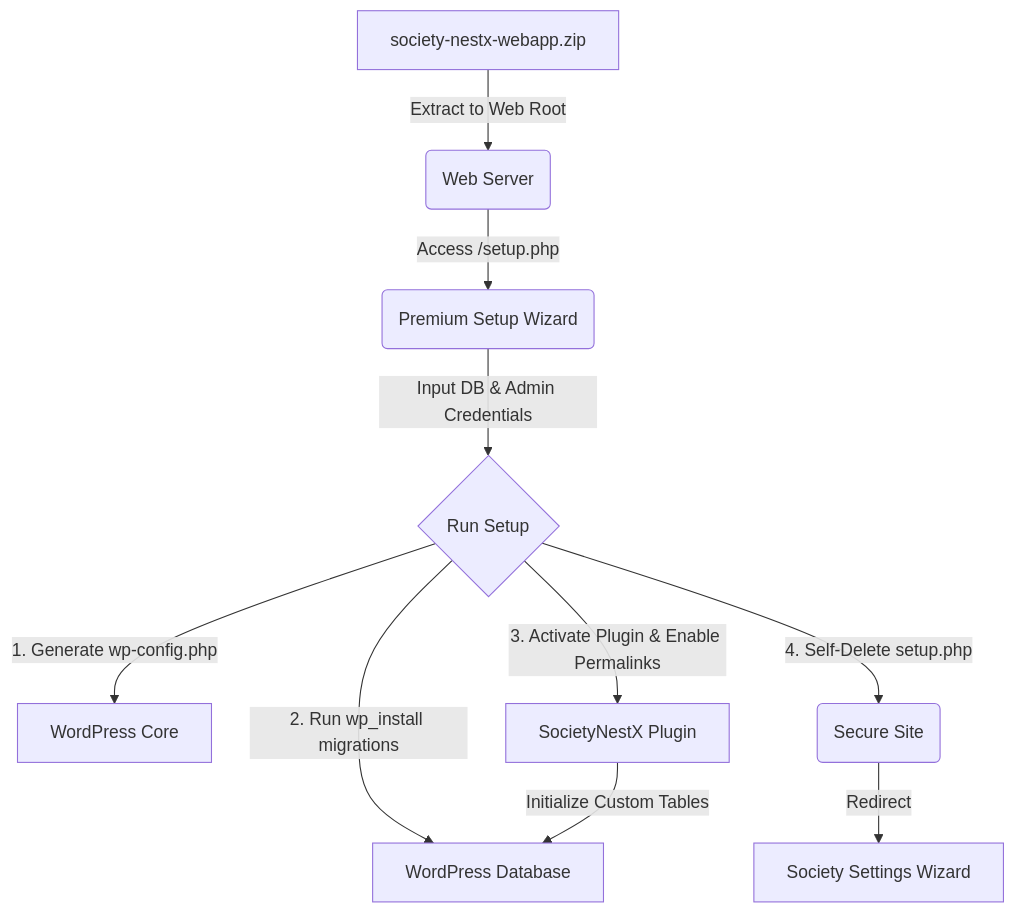
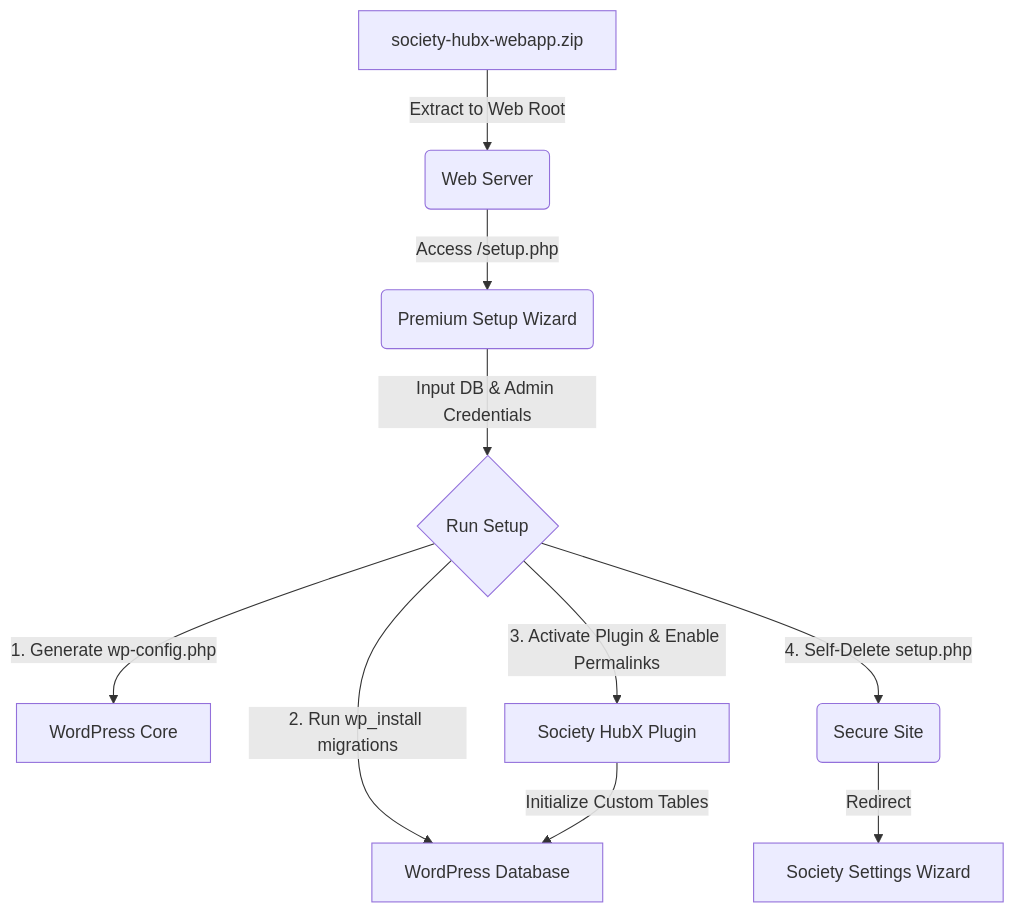
One commit to vishwas-r/Society-HubX changed the diagram in README.md. Above: the diagram before and after it, drawn with Mermaid. The commit also changed other lines of this file, not shown here.

Commit message:
docs: update root README.md to reflect Society HubX rebranding and new shortcodes

````diff
--- a/README.md
+++ b/README.md
@@ -17,12 +17,12 @@
 ```mermaid
 graph TD
-    A[society-nestx-webapp.zip] -->|Extract to Web Root| B(Web Server)
+    A[society-hubx-webapp.zip] -->|Extract to Web Root| B(Web Server)
     B -->|Access /setup.php| C(Premium Setup Wizard)
     C -->|Input DB & Admin Credentials| D{Run Setup}
     D -->|1. Generate wp-config.php| E[WordPress Core]
     D -->|2. Run wp_install migrations| F[WordPress Database]
-    D -->|3. Activate Plugin & Enable Permalinks| G[SocietyNestX Plugin]
+    D -->|3. Activate Plugin & Enable Permalinks| G[Society HubX Plugin]
     G -->|Initialize Custom Tables| F
     D -->|4. Self-Delete setup.php| H(Secure Site)
     H -->|Redirect| I[Society Settings Wizard]
 ```
````
